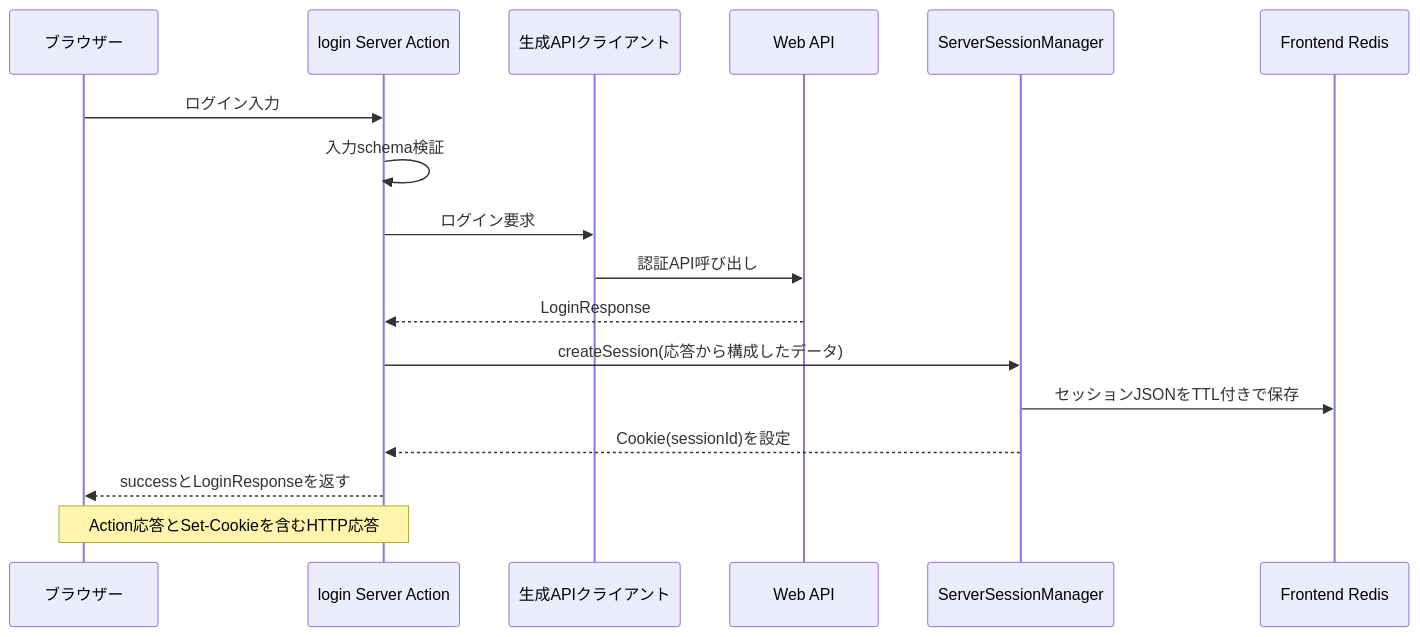
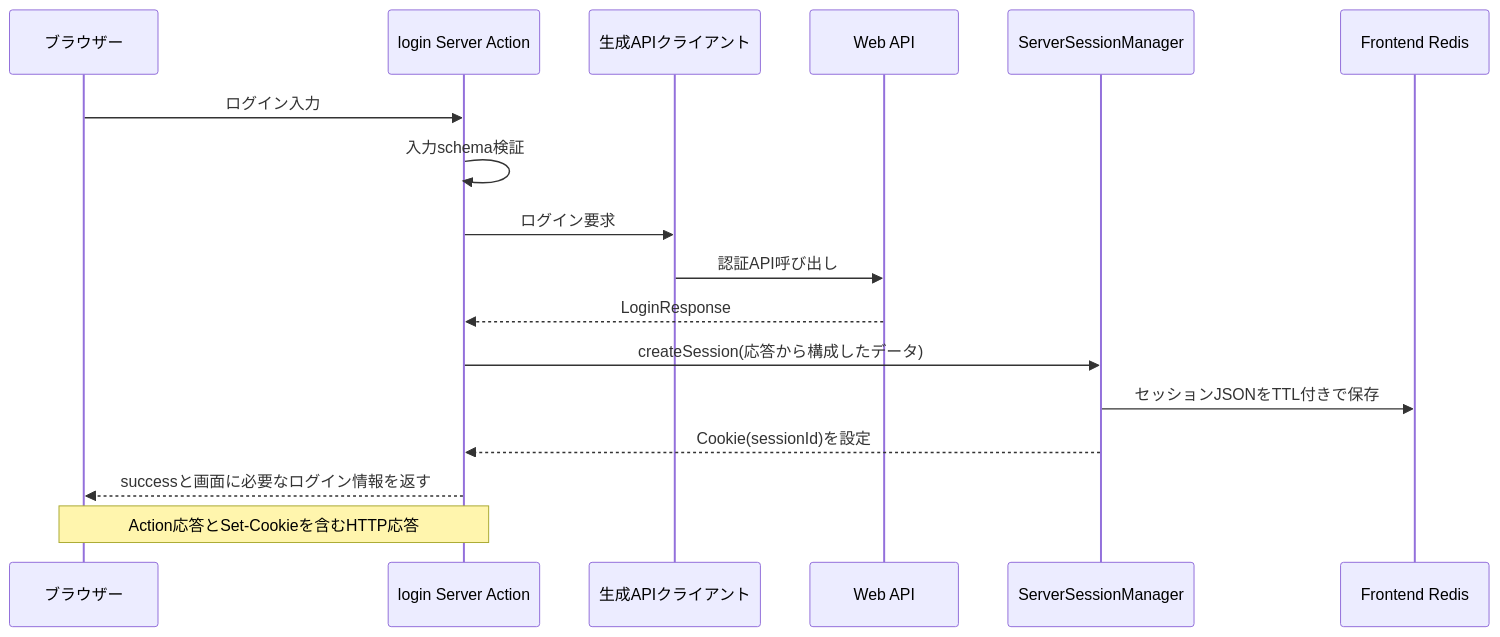
One commit to HiroyukiNIshimura/pecus-aspire changed the first of 2 diagrams in docs/codebase/frontend-request-flow.md. Above: the diagram before and after it, drawn with Mermaid. The commit also changed other lines of this file and 2 other files, not shown here.

Commit message:
Refactor code structure for improved readability and maintainability

````diff
--- a/docs/codebase/frontend-request-flow.md
+++ b/docs/codebase/frontend-request-flow.md
@@ -40,20 +40,20 @@
 ```mermaid
 sequenceDiagram
     participant B as ブラウザー
     participant A as login Server Action
     participant C as 生成APIクライアント
     participant W as Web API
     participant S as ServerSessionManager
     participant R as Frontend Redis
 
     B->>A: ログイン入力
     A->>A: 入力schema検証
     A->>C: ログイン要求
     C->>W: 認証API呼び出し
     W-->>A: LoginResponse
     A->>S: createSession(応答から構成したデータ)
     S->>R: セッションJSONをTTL付きで保存
     S-->>A: Cookie(sessionId)を設定
-    A-->>B: successとLoginResponseを返す
+    A-->>B: successと画面に必要なログイン情報を返す
     Note over A,B: Action応答とSet-Cookieを含むHTTP応答
 ```
````
